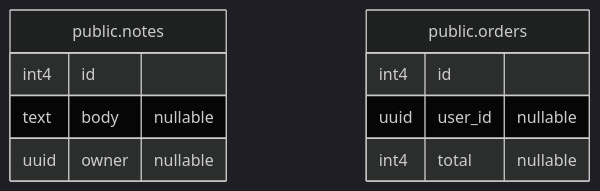
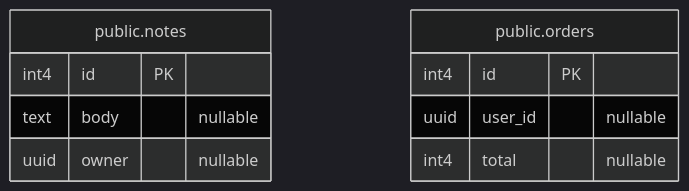
The diagram in fixtures/rls-scenario/golden/docs/data-model.md (SherifMoShalaby/keeldocs), drawn with Mermaid (dark theme) before and after one commit. The commit also changed other lines of this file and 16 other files, not shown here.

````diff
--- a/fixtures/rls-scenario/golden/docs/data-model.md
+++ b/fixtures/rls-scenario/golden/docs/data-model.md
@@ -9,13 +9,13 @@
 ```mermaid
 erDiagram
   public.notes {
-    int4 id
+    int4 id PK
     text body "nullable"
     uuid owner "nullable"
   }
   public.orders {
-    int4 id
+    int4 id PK
     uuid user_id "nullable"
     int4 total "nullable"
   }
 ```
````
